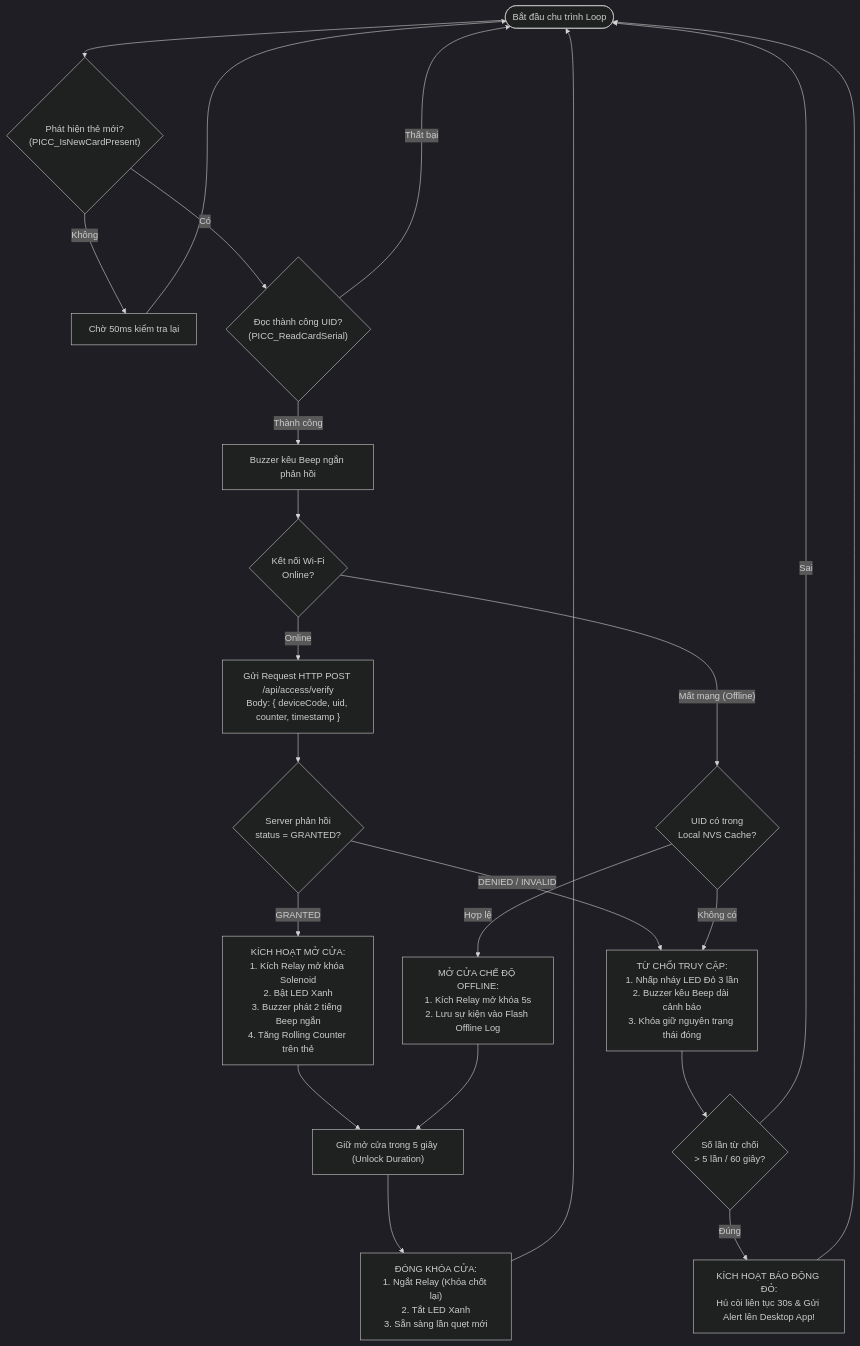
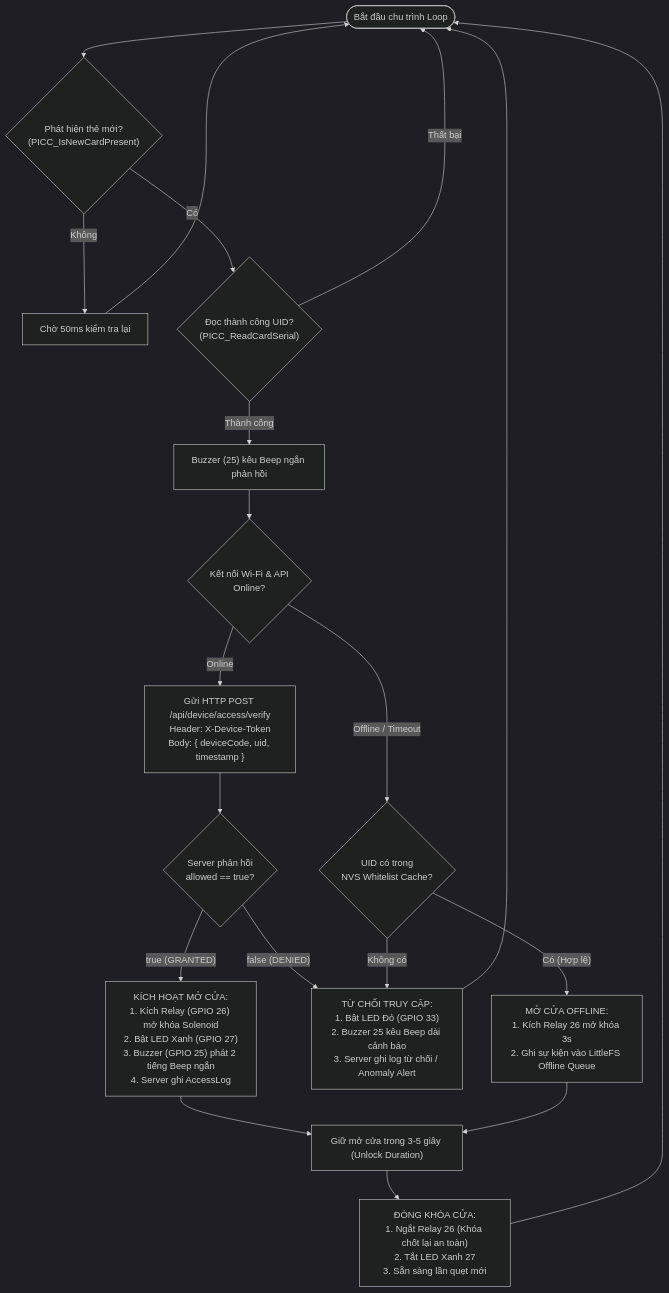
One commit to NguyenHoangUy1305/iot-rfid-access-control changed the fourth of 6 diagrams in docs/SO_DO_KY_THUAT_VA_LY_THUYET.md. Above: the diagram before and after it, drawn with Mermaid (dark theme). The commit also changed other lines of this file and 2 other files, not shown here.

Commit message:
docs: finalize Project 1 technical roadmap and schematics with safe GPIO pinout and 11-week MVP scope

````diff
--- a/docs/SO_DO_KY_THUAT_VA_LY_THUYET.md
+++ b/docs/SO_DO_KY_THUAT_VA_LY_THUYET.md
@@ -393,26 +283,23 @@
 ```mermaid
 flowchart TD
     Start(["Bắt đầu chu trình Loop"]) --> DetectCard{"Phát hiện thẻ mới?<br/>(PICC_IsNewCardPresent)"}
     DetectCard -- Không --> Wait["Chờ 50ms kiểm tra lại"] --> Start
     DetectCard -- Có --> ReadUID{"Đọc thành công UID?<br/>(PICC_ReadCardSerial)"}
     ReadUID -- Thất bại --> Start
-    ReadUID -- Thành công --> BeepShort["Buzzer kêu Beep ngắn phản hồi"]
+    ReadUID -- Thành công --> BeepShort["Buzzer (25) kêu Beep ngắn phản hồi"]
 
-    BeepShort --> CheckWifi{"Kết nối Wi-Fi<br/>Online?"}
+    BeepShort --> CheckWifi{"Kết nối Wi-Fi & API<br/>Online?"}
 
-    CheckWifi -- Online --> SendAPI["Gửi Request HTTP POST /api/access/verify<br/>Body: { deviceCode, uid, counter, timestamp }"]
-    SendAPI --> RecvResponse{"Server phản hồi<br/>status = GRANTED?"}
+    CheckWifi -- Online --> SendAPI["Gửi HTTP POST /api/device/access/verify<br/>Header: X-Device-Token<br/>Body: { deviceCode, uid, timestamp }"]
+    SendAPI --> RecvResponse{"Server phản hồi<br/>allowed == true?"}
 
-    RecvResponse -- GRANTED --> OpenDoor["KÍCH HOẠT MỞ CỬA:<br/>1. Kích Relay mở khóa Solenoid<br/>2. Bật LED Xanh<br/>3. Buzzer phát 2 tiếng Beep ngắn<br/>4. Tăng Rolling Counter trên thẻ"]
-    OpenDoor --> TimerUnlock["Giữ mở cửa trong 5 giây (Unlock Duration)"]
-    TimerUnlock --> CloseDoor["ĐÓNG KHÓA CỬA:<br/>1. Ngắt Relay (Khóa chốt lại)<br/>2. Tắt LED Xanh<br/>3. Sẵn sàng lần quẹt mới"] --> Start
+    RecvResponse -- true (GRANTED) --> OpenDoor["KÍCH HOẠT MỞ CỬA:<br/>1. Kích Relay (GPIO 26) mở khóa Solenoid<br/>2. Bật LED Xanh (GPIO 27)<br/>3. Buzzer (GPIO 25) phát 2 tiếng Beep ngắn<br/>4. Server ghi AccessLog"]
+    OpenDoor --> TimerUnlock["Giữ mở cửa trong 3-5 giây (Unlock Duration)"]
+    TimerUnlock --> CloseDoor["ĐÓNG KHÓA CỬA:<br/>1. Ngắt Relay 26 (Khóa chốt lại an toàn)<br/>2. Tắt LED Xanh 27<br/>3. Sẵn sàng lần quẹt mới"] --> Start
 
-    RecvResponse -- DENIED / INVALID --> RejectAccess["TỪ CHỐI TRUY CẬP:<br/>1. Nhấp nháy LED Đỏ 3 lần<br/>2. Buzzer kêu Beep dài cảnh báo<br/>3. Khóa giữ nguyên trạng thái đóng"]
-    RejectAccess --> CheckBrute{"Số lần từ chối<br/>> 5 lần / 60 giây?"}
-    CheckBrute -- Đúng --> AlarmMode["KÍCH HOẠT BÁO ĐỘNG ĐỎ:<br/>Hú còi liên tục 30s & Gửi Alert lên Desktop App!"] --> Start
-    CheckBrute -- Sai --> Start
+    RecvResponse -- false (DENIED) --> RejectAccess["TỪ CHỐI TRUY CẬP:<br/>1. Bật LED Đỏ (GPIO 33)<br/>2. Buzzer 25 kêu Beep dài cảnh báo<br/>3. Server ghi log từ chối / Anomaly Alert"] --> Start
 
-    CheckWifi -- Mất mạng (Offline) --> CheckNVS{"UID có trong<br/>Local NVS Cache?"}
-    CheckNVS -- Hợp lệ --> OpenDoorOffline["MỞ CỬA CHẾ ĐỘ OFFLINE:<br/>1. Kích Relay mở khóa 5s<br/>2. Lưu sự kiện vào Flash Offline Log"] --> TimerUnlock
-    CheckNVS -- Không có --> RejectAccess
+    CheckWifi -- Offline / Timeout --> CheckCache{"UID có trong<br/>NVS Whitelist Cache?"}
+    CheckCache -- Có (Hợp lệ) --> OpenDoorOffline["MỞ CỬA OFFLINE:<br/>1. Kích Relay 26 mở khóa 3s<br/>2. Ghi sự kiện vào LittleFS Offline Queue"] --> TimerUnlock
+    CheckCache -- Không có --> RejectAccess
 ```
````
